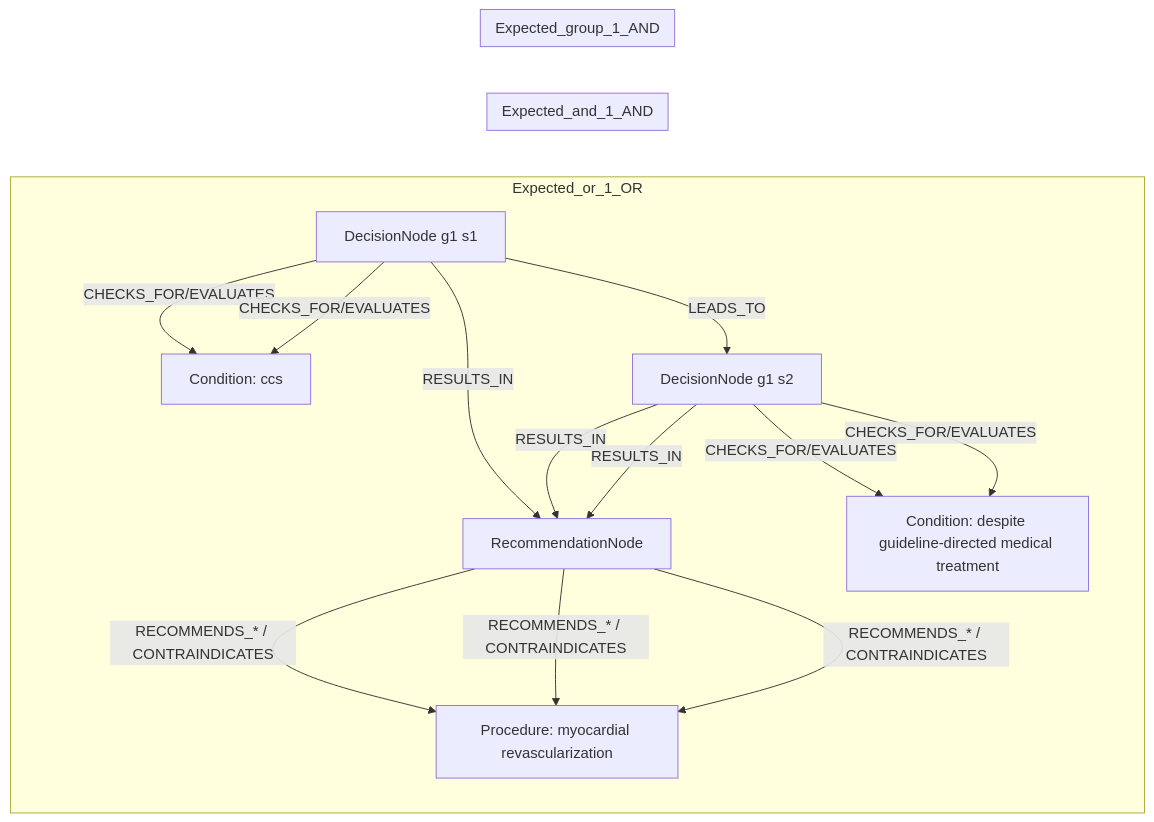
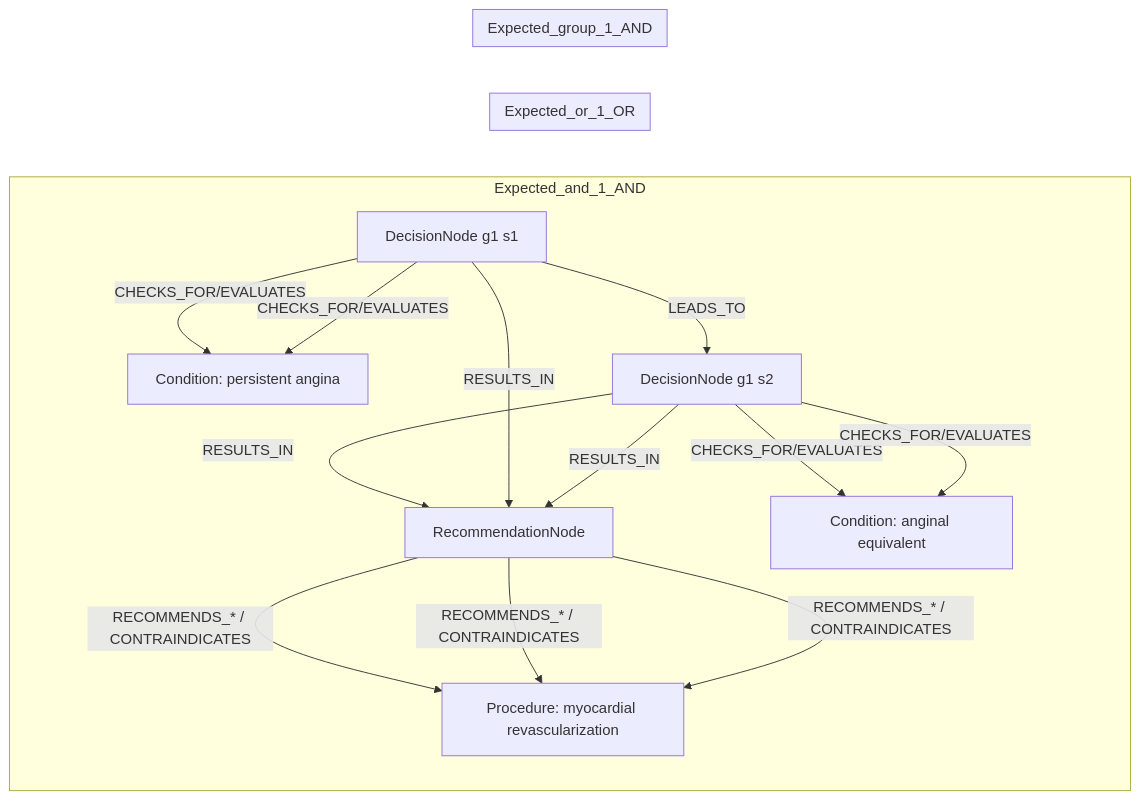
One commit to dieterich-lab/CardioGuidelinesGraph changed the first of 2 diagrams in docs/table22_rows/row_12.md. Above: the diagram before and after it, drawn with Mermaid. The commit also changed other lines of this file and 17 other files, not shown here.

````diff
--- a/docs/table22_rows/row_12.md
+++ b/docs/table22_rows/row_12.md
@@ -164,35 +164,35 @@
 ```mermaid
 graph LR
-  subgraph Expected_or_1_OR
-    REC[RecommendationNode]
-    D1[DecisionNode g1 s1]
-    C1[Condition: anginal equivalent]
-    D1 -->|CHECKS_FOR/EVALUATES| C1
-    D2[DecisionNode g1 s2]
-    C2[Condition: persistent angina]
-    D2 -->|CHECKS_FOR/EVALUATES| C2
-    D1 -->|RESULTS_IN| REC
-    D2 -->|RESULTS_IN| REC
-    ACT1[Procedure: myocardial revascularization]
-    REC -->|RECOMMENDS_* / CONTRAINDICATES| ACT1
-  end
   subgraph Expected_and_1_AND
     REC[RecommendationNode]
     D1[DecisionNode g1 s1]
     C1[Condition: ccs]
     D1 -->|CHECKS_FOR/EVALUATES| C1
     D2[DecisionNode g1 s2]
     C2[Condition: despite guideline-directed medical treatment]
     D2 -->|CHECKS_FOR/EVALUATES| C2
     D1 -->|LEADS_TO| D2
     D2 -->|RESULTS_IN| REC
     ACT1[Procedure: myocardial revascularization]
     REC -->|RECOMMENDS_* / CONTRAINDICATES| ACT1
   end
+  subgraph Expected_or_1_OR
+    REC[RecommendationNode]
+    D1[DecisionNode g1 s1]
+    C1[Condition: persistent angina]
+    D1 -->|CHECKS_FOR/EVALUATES| C1
+    D2[DecisionNode g1 s2]
+    C2[Condition: anginal equivalent]
+    D2 -->|CHECKS_FOR/EVALUATES| C2
+    D1 -->|RESULTS_IN| REC
+    D2 -->|RESULTS_IN| REC
+    ACT1[Procedure: myocardial revascularization]
+    REC -->|RECOMMENDS_* / CONTRAINDICATES| ACT1
+  end
   subgraph Expected_group_1_AND
     REC[RecommendationNode]
     REC
     ACT1[Procedure: myocardial revascularization]
     REC -->|RECOMMENDS_* / CONTRAINDICATES| ACT1
   end
 ```
````
